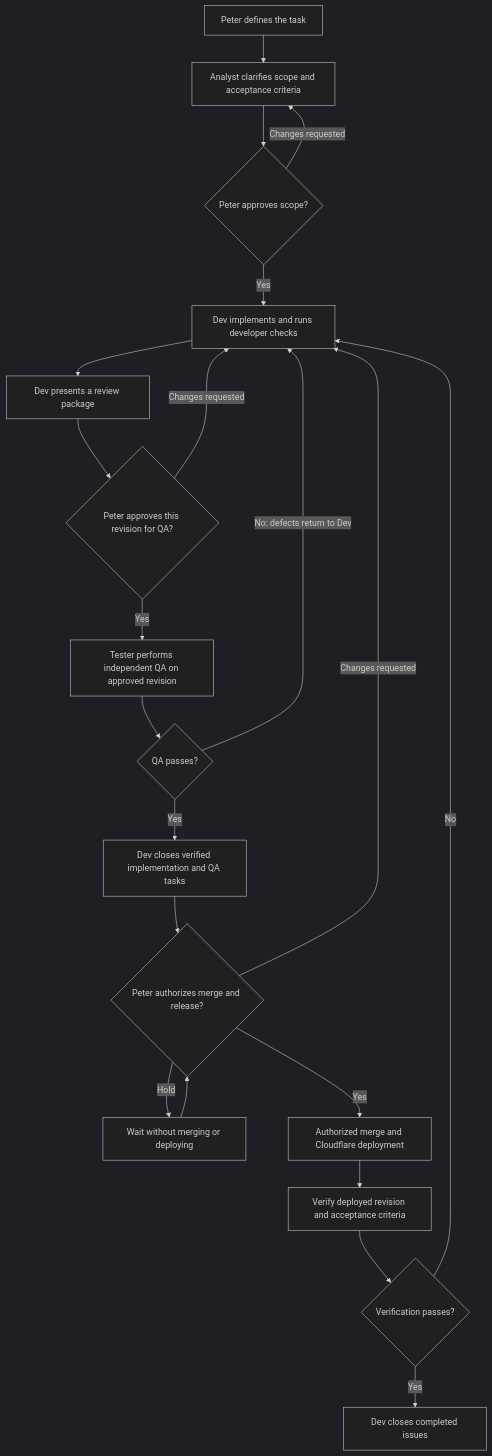
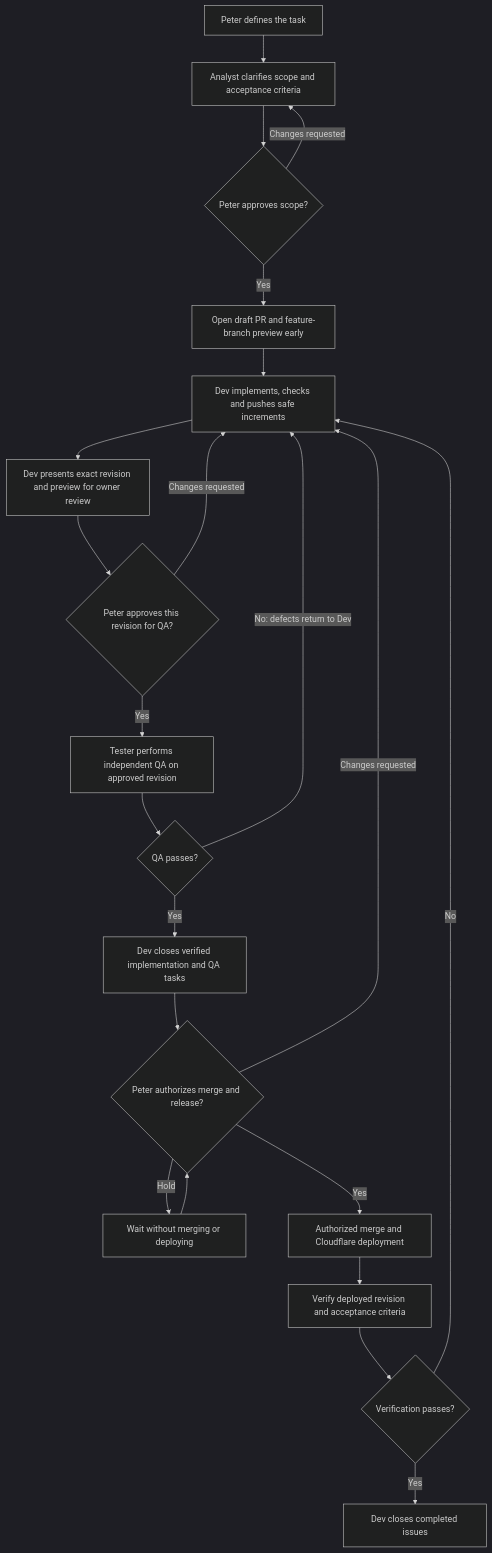
One commit to PeterMacko/Bearmatics changed the diagram in README.md. Above: the diagram before and after it, drawn with Mermaid (dark theme). The commit also changed other lines of this file, not shown here.

Commit message:
docs: enable early draft PRs and branch previews for approved features

````diff
--- a/README.md
+++ b/README.md
@@ -45,23 +45,24 @@
 ```mermaid
 flowchart TD
     A[Peter defines the task] --> B[Analyst clarifies scope and acceptance criteria]
     B --> C{Peter approves scope?}
     C -->|Changes requested| B
-    C -->|Yes| D[Dev implements and runs developer checks]
-    D --> E[Dev presents a review package]
+    C -->|Yes| P[Open draft PR and feature-branch preview early]
+    P --> D[Dev implements, checks and pushes safe increments]
+    D --> E[Dev presents exact revision and preview for owner review]
     E --> F{Peter approves this revision for QA?}
     F -->|Changes requested| D
     F -->|Yes| G[Tester performs independent QA on approved revision]
     G --> H{QA passes?}
     H -->|No: defects return to Dev| D
     H -->|Yes| V[Dev closes verified implementation and QA tasks]
     V --> I{Peter authorizes merge and release?}
     I -->|Changes requested| D
     I -->|Hold| J[Wait without merging or deploying]
     J --> I
     I -->|Yes| K[Authorized merge and Cloudflare deployment]
     K --> L[Verify deployed revision and acceptance criteria]
     L --> M{Verification passes?}
     M -->|No| D
     M -->|Yes| N[Dev closes completed issues]
 ```
````
